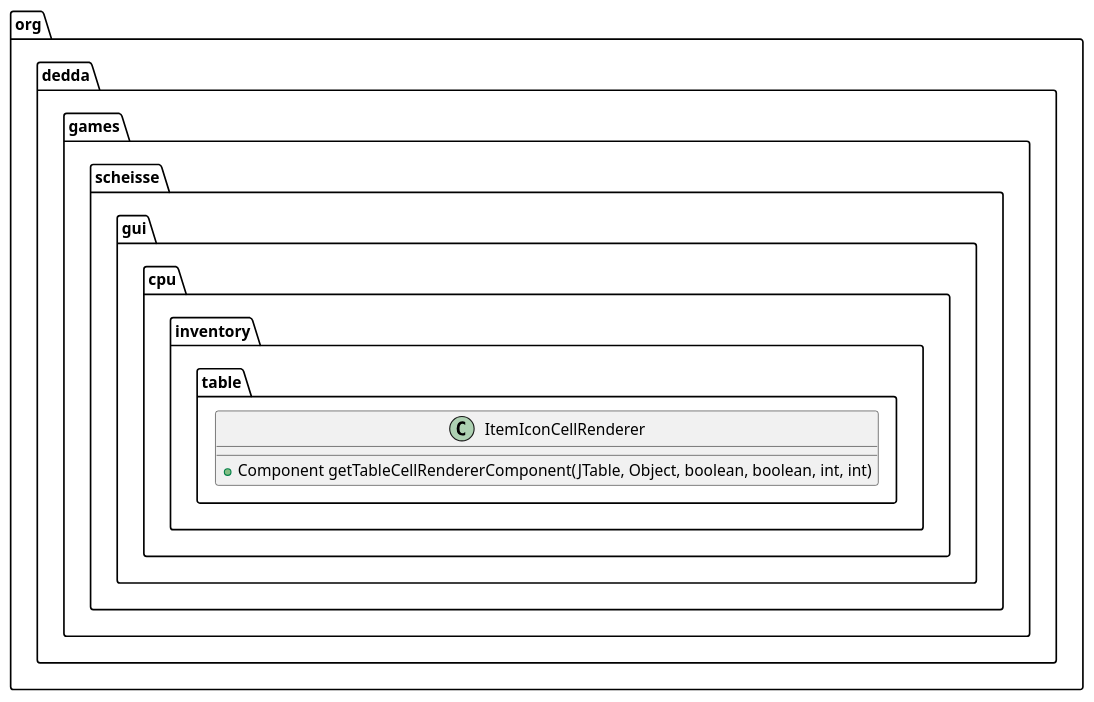
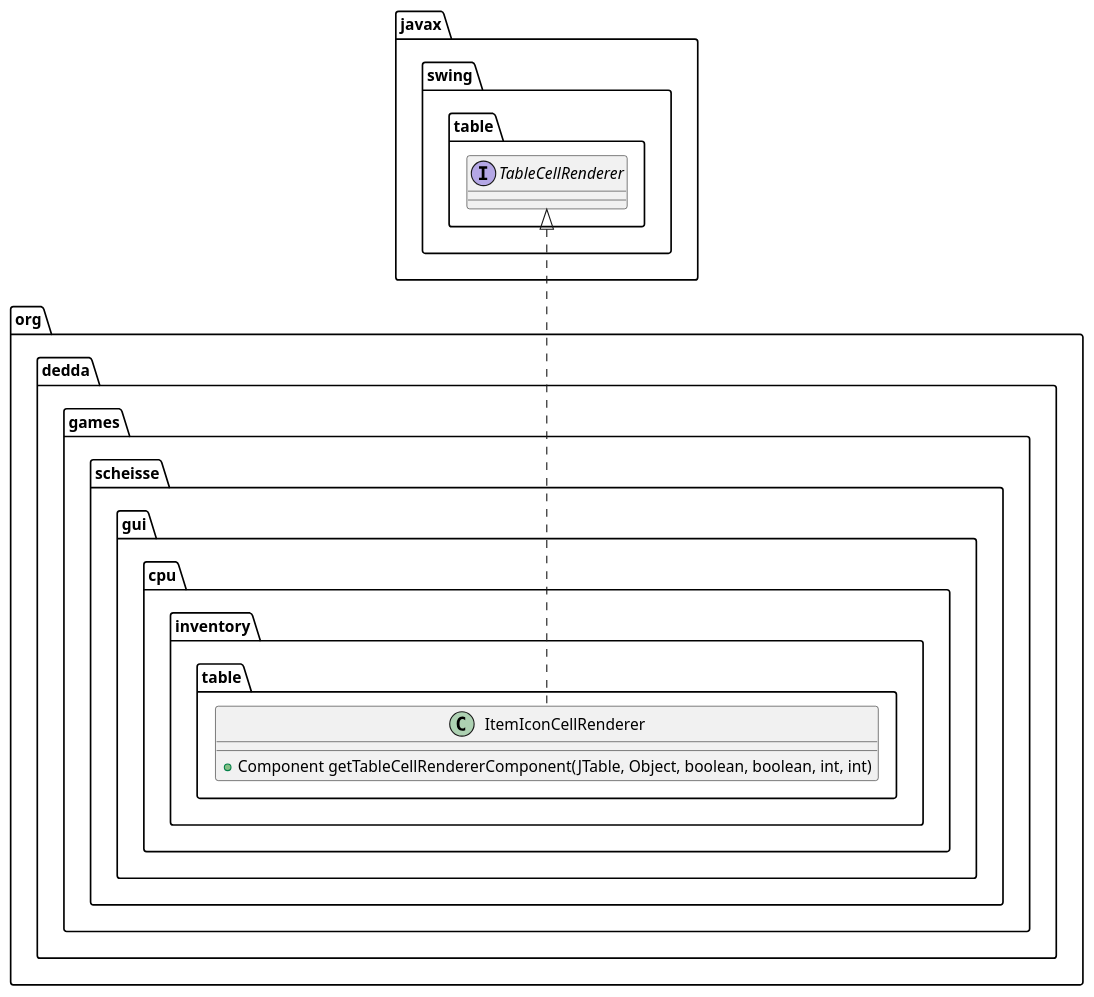
The diagram in uml/classes/org.dedda.games.scheisse.gui.cpu.inventory.table.ItemIconCellRenderer.puml (gitter-badger/scheisse), drawn with PlantUML before and after one commit. The commit also changed 14 other files, not shown here.

Commit message:
extended puml class diagram a bit

```diff
--- a/uml/classes/org.dedda.games.scheisse.gui.cpu.inventory.table.ItemIconCellRenderer.puml
+++ b/uml/classes/org.dedda.games.scheisse.gui.cpu.inventory.table.ItemIconCellRenderer.puml
@@ -1,5 +1,9 @@
 @startuml
+interface javax.swing.table.TableCellRenderer
+
 class org.dedda.games.scheisse.gui.cpu.inventory.table.ItemIconCellRenderer{
     + Component getTableCellRendererComponent(JTable, Object, boolean, boolean, int, int)
 }
+
+javax.swing.table.TableCellRenderer <|.. org.dedda.games.scheisse.gui.cpu.inventory.table.ItemIconCellRenderer
 @enduml
```
